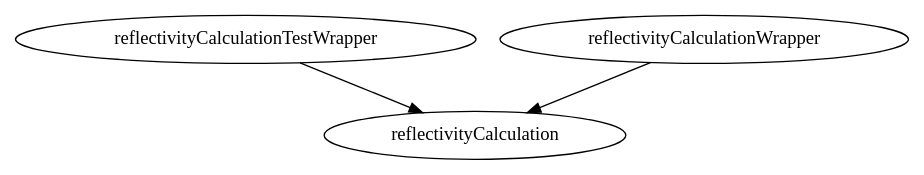
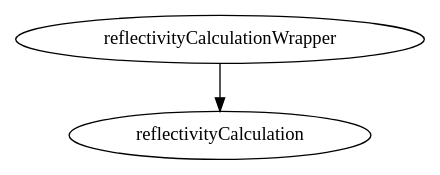
Before and after one commit to RascalSoftware/RAT: the diagram in master/api_reference/targetFunctions/reflectivityCalculation/graph.dot, drawn with Graphviz. The commit also changed 241 other files, not shown here.

```diff
--- a/master/api_reference/targetFunctions/reflectivityCalculation/graph.dot
+++ b/master/api_reference/targetFunctions/reflectivityCalculation/graph.dot
@@ -1,9 +1,7 @@
 /* Created by mdot for Matlab */
 digraph m2html {
-  reflectivityCalculationTestWrapper -> reflectivityCalculation;
   reflectivityCalculationWrapper -> reflectivityCalculation;
 
   reflectivityCalculation [URL="reflectivityCalculation.html"];
-  reflectivityCalculationTestWrapper [URL="reflectivityCalculationTestWrapper.html"];
   reflectivityCalculationWrapper [URL="reflectivityCalculationWrapper.html"];
 }
```
